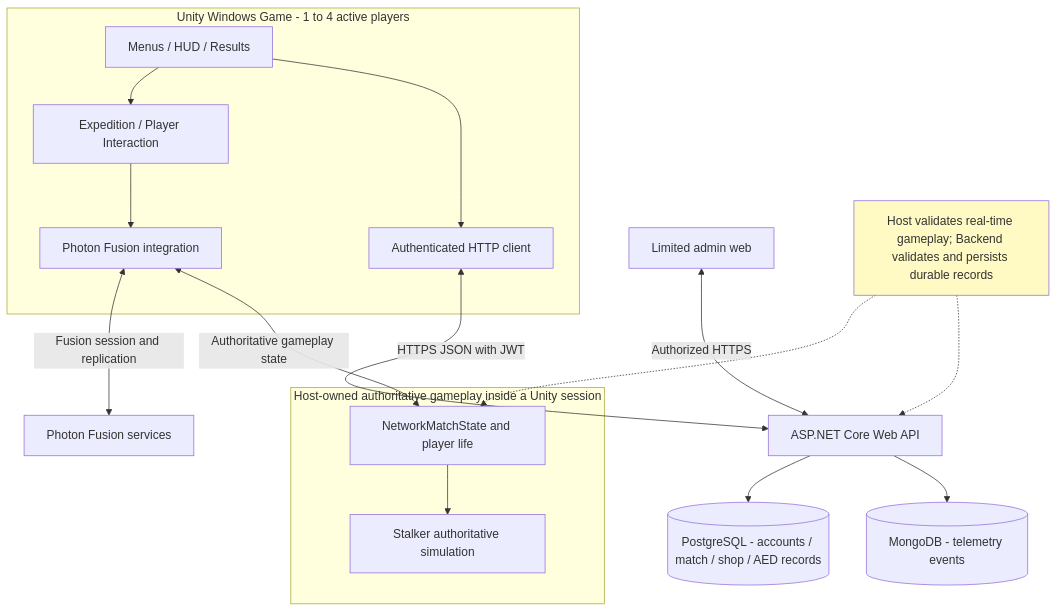
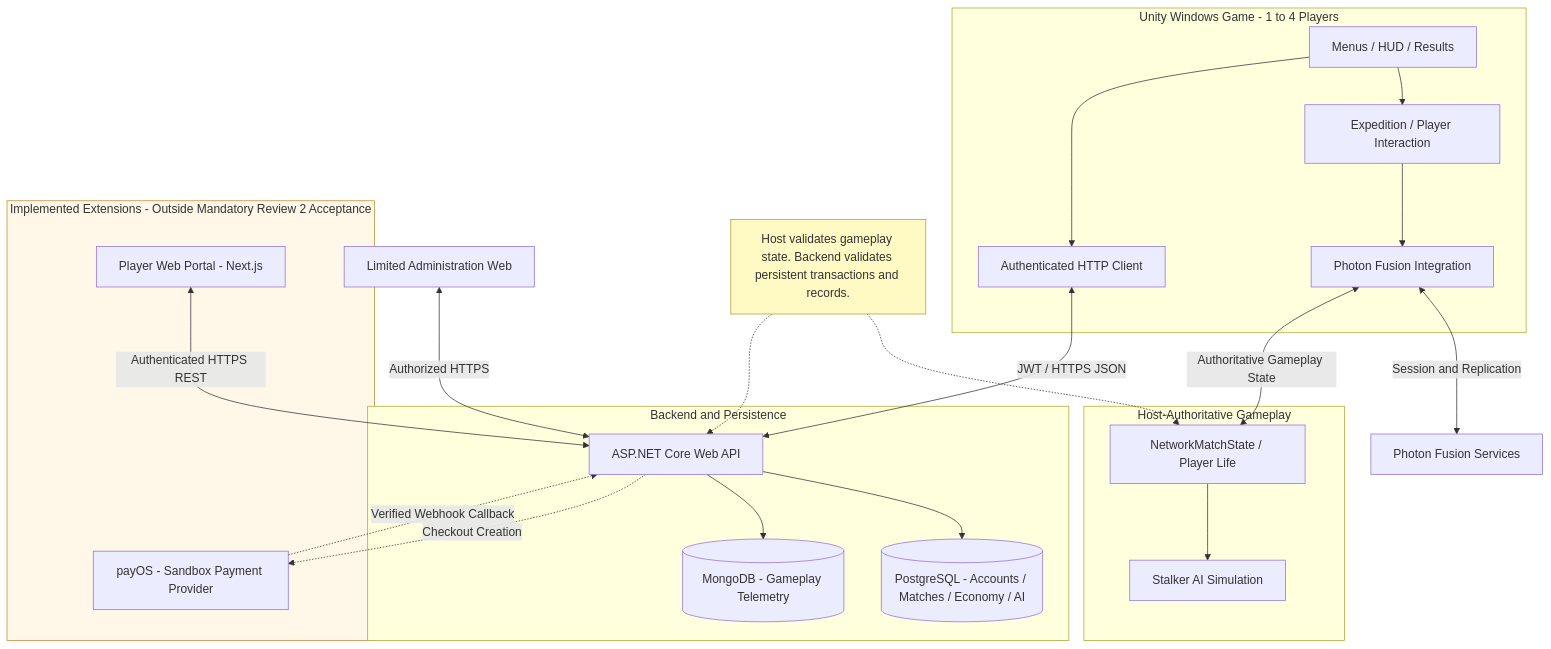
The diagram in docs/review-2/diagrams/SDD/Figure_01_Overall_System_Architecture - Sao chép (2).mmd (lamthanhphuc/ECHO-PROTOCOL), drawn with Mermaid before and after one commit. The commit also changed 18 other files, not shown here.

Commit message:
docs(review-2): update version SRS, SDD, BM02,evidence, diagram and use AI-based assessments to edit documents

```diff
--- a/docs/review-2/diagrams/SDD/Figure_01_Overall_System_Architecture - Sao chép (2).mmd
+++ b/docs/review-2/diagrams/SDD/Figure_01_Overall_System_Architecture - Sao chép (2).mmd
@@ -1,22 +1,55 @@
+
 flowchart TB
- subgraph CLIENT["Unity Windows Game - 1 to 4 active players"]
+
+    subgraph CLIENT["Unity Windows Game - 1 to 4 Players"]
         UI["Menus / HUD / Results"]
         GAME["Expedition / Player Interaction"]
-        REST["Authenticated HTTP client"]
-        NET["Photon Fusion integration"]
-  end
- subgraph HOST["Host-owned authoritative gameplay inside a Unity session"]
-        MATCH["NetworkMatchState and player life"]
-        STALKER["Stalker authoritative simulation"]
-  end
-    UI --> GAME & REST
+        REST["Authenticated HTTP Client"]
+        NET["Photon Fusion Integration"]
+    end
+
+    subgraph HOST["Host-Authoritative Gameplay"]
+        MATCH["NetworkMatchState / Player Life"]
+        STALKER["Stalker AI Simulation"]
+    end
+
+    FUSION["Photon Fusion Services"]
+
+    subgraph BACKEND["Backend and Persistence"]
+        API["ASP.NET Core Web API"]
+        PG[("PostgreSQL - Accounts / Matches / Economy / AI")]
+        MG[("MongoDB - Gameplay Telemetry")]
+    end
+
+    ADMIN["Limited Administration Web"]
+
+    subgraph EXT["Implemented Extensions - Outside Mandatory Review 2 Acceptance"]
+        PORTAL["Player Web Portal - Next.js"]
+        PAYOS["payOS - Sandbox Payment Provider"]
+    end
+
+    UI --> GAME
+    UI --> REST
     GAME --> NET
-    NET <-- Fusion session and replication --> FUSION["Photon Fusion services"]
-    NET <-- Authoritative gameplay state --> MATCH
+
+    NET <-->|Session and Replication| FUSION
+    NET <-->|Authoritative Gameplay State| MATCH
     MATCH --> STALKER
-    REST <-- HTTPS JSON with JWT --> API["ASP.NET Core Web API"]
-    WEB["Limited admin web"] <-- Authorized HTTPS --> API
-    API --> PG[("PostgreSQL - accounts / match / shop / AED records")] & MG[("MongoDB - telemetry events")]
-    NOTE["Host validates real-time gameplay; Backend validates and persists durable records"] -.-> MATCH & API
 
-    style NOTE fill:#FFF9C4
+    REST <-->|JWT / HTTPS JSON| API
+    ADMIN <-->|Authorized HTTPS| API
+
+    API --> PG
+    API --> MG
+
+    PORTAL <-->|Authenticated HTTPS REST| API
+    API -.->|Checkout Creation| PAYOS
+    PAYOS -.->|Verified Webhook Callback| API
+
+    NOTE["Host validates gameplay state. Backend validates persistent transactions and records."]
+
+    NOTE -.-> MATCH
+    NOTE -.-> API
+
+    style NOTE fill:#FFF9C4,stroke:#B59B35,color:#333333
+    style EXT fill:#FFF7E8,stroke:#C58B31,color:#333333
```
